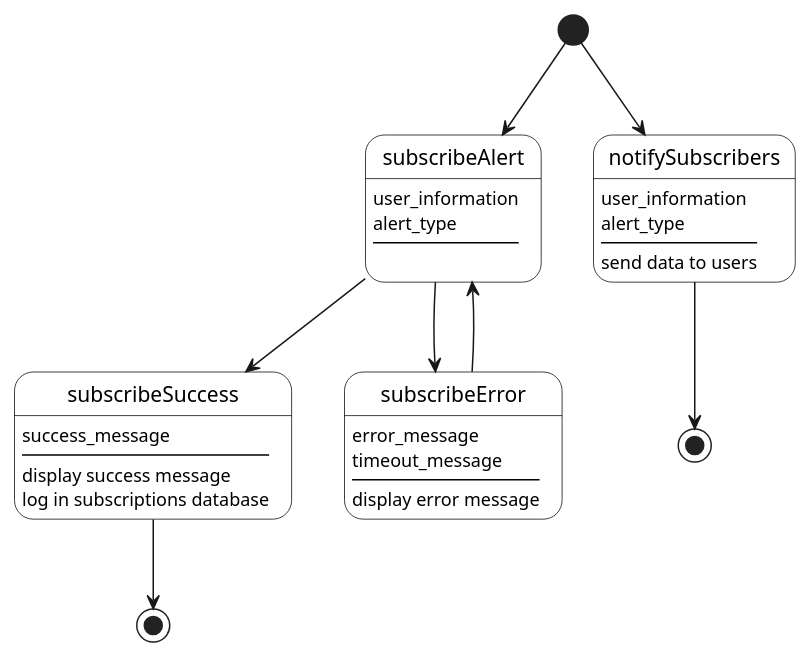
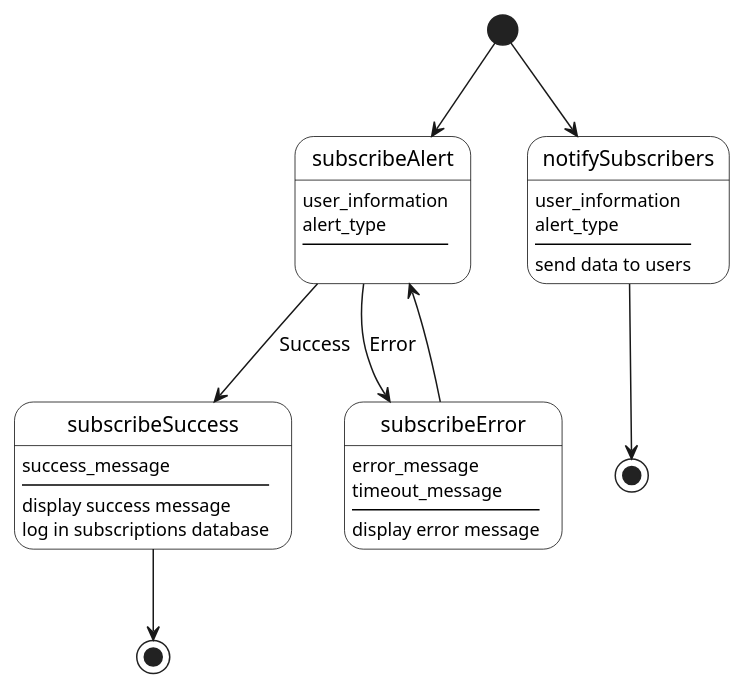
The diagram in state-diag/subscribe.puml (kailashsrirang/3a04-deliverable3), drawn with PlantUML before and after one commit. The commit also changed 3 other files, not shown here.

```diff
--- a/state-diag/subscribe.puml
+++ b/state-diag/subscribe.puml
@@ -2,38 +2,37 @@
 @startuml
 
 skinparam State {
   BackgroundColor white
   BorderColor black
 }
 
 state end1 <<end>>
 state end2 <<end>>
 
 [*] --> subscribeAlert
 subscribeAlert : user_information
 subscribeAlert : alert_type
-subscribeAlert : ----
-subscribeAlert :
+subscribeAlert : ----\n
 
-subscribeAlert --> subscribeSuccess
+subscribeAlert --> subscribeSuccess : Success
 subscribeSuccess : success_message
 subscribeSuccess : ----
 subscribeSuccess : display success message
 subscribeSuccess : log in subscriptions database
 subscribeSuccess --> end1
 
-subscribeAlert --> subscribeError
+subscribeAlert --> subscribeError : Error
 subscribeError : error_message
 subscribeError : timeout_message
 subscribeError : ----
 subscribeError : display error message
 subscribeError --> subscribeAlert
 
 [*] --> notifySubscribers
 notifySubscribers : user_information
 notifySubscribers : alert_type
 notifySubscribers : ----
 notifySubscribers : send data to users
 notifySubscribers --> end2
 
 @enduml
```
